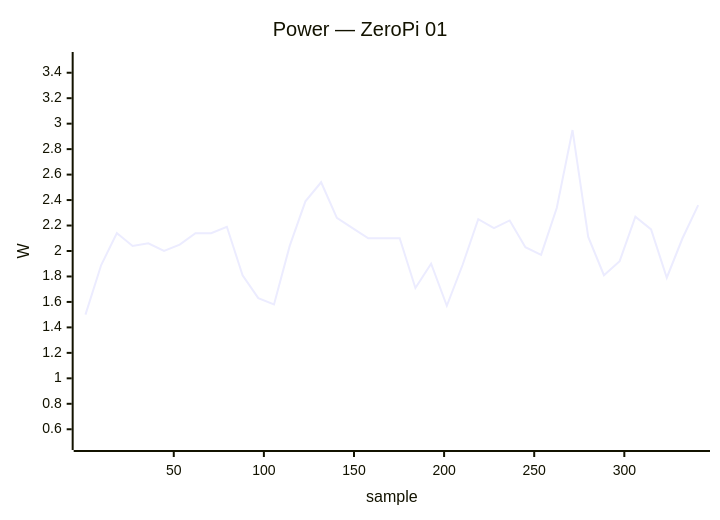
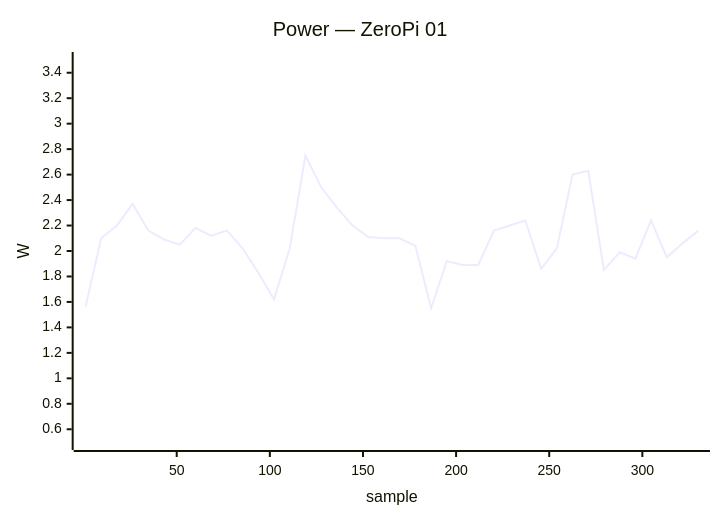
One commit to armbian/documentation changed diagram 24 of 24 in docs/status/board-tests.md. Above: the diagram before and after it, drawn with Mermaid. The commit also changed other lines of this file, not shown here.

````diff
--- a/docs/status/board-tests.md
+++ b/docs/status/board-tests.md
@@ -1230,7 +1230,7 @@
     ```mermaid
     xychart-beta
         title "Power — ZeroPi 01"
-        x-axis "sample" 1 --> 341
+        x-axis "sample" 1 --> 330
         y-axis "W" 0.5 --> 3.5
-        line [1.50, 1.89, 2.14, 2.04, 2.06, 2.00, 2.05, 2.14, 2.14, 2.19, 1.81, 1.63, 1.58, 2.04, 2.39, 2.54, 2.26, 2.18, 2.10, 2.10, 2.10, 1.71, 1.90, 1.57, 1.89, 2.25, 2.18, 2.24, 2.03, 1.97, 2.34, 2.95, 2.11, 1.81, 1.92, 2.27, 2.17, 1.79, 2.10, 2.36]
+        line [1.56, 2.10, 2.20, 2.37, 2.16, 2.09, 2.05, 2.18, 2.12, 2.16, 2.02, 1.83, 1.62, 2.02, 2.75, 2.50, 2.34, 2.20, 2.11, 2.10, 2.10, 2.04, 1.55, 1.92, 1.89, 1.89, 2.16, 2.20, 2.24, 1.86, 2.02, 2.60, 2.63, 1.85, 1.99, 1.94, 2.24, 1.95, 2.06, 2.16]
     ```
````
